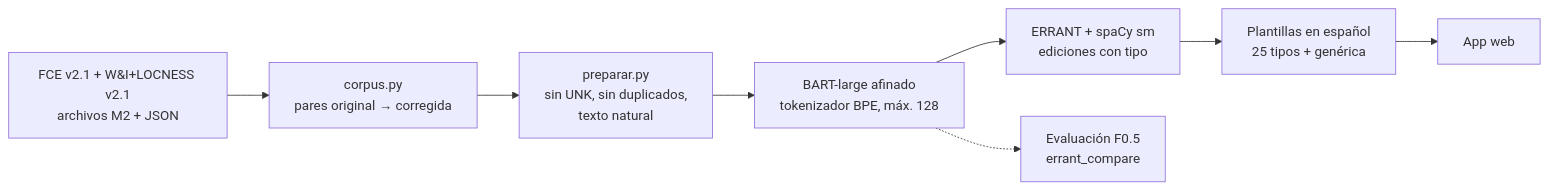
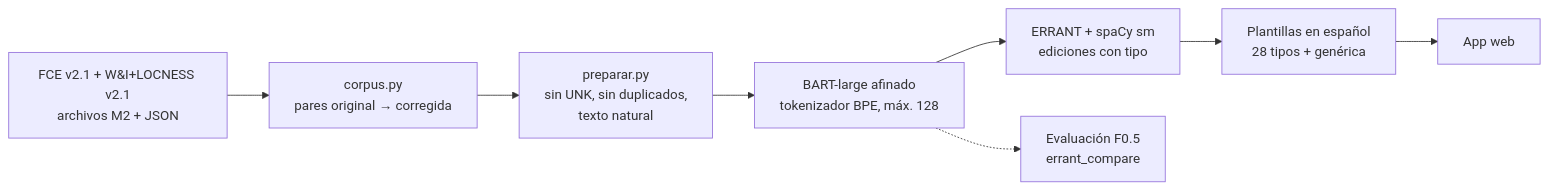
One commit to CamiloGarcia06/maestria-pln changed the diagram in proyecto-final/README.md. Above: the diagram before and after it, drawn with Mermaid. The commit also changed other lines of this file and 8 other files, not shown here.

````diff
--- a/proyecto-final/README.md
+++ b/proyecto-final/README.md
@@ -10,10 +10,10 @@
 ```mermaid
 flowchart LR
     A[FCE v2.1 + W&I+LOCNESS v2.1<br/>archivos M2 + JSON] --> B[corpus.py<br/>pares original → corregida]
     B --> C[preparar.py<br/>sin UNK, sin duplicados,<br/>texto natural]
     C --> D[BART-large afinado<br/>tokenizador BPE, máx. 128]
     D --> E[ERRANT + spaCy sm<br/>ediciones con tipo]
-    E --> F[Plantillas en español<br/>25 tipos + genérica]
+    E --> F[Plantillas en español<br/>28 tipos + genérica]
     F --> G[App web]
     D -.-> H[Evaluación F0.5<br/>errant_compare]
 ```
````
